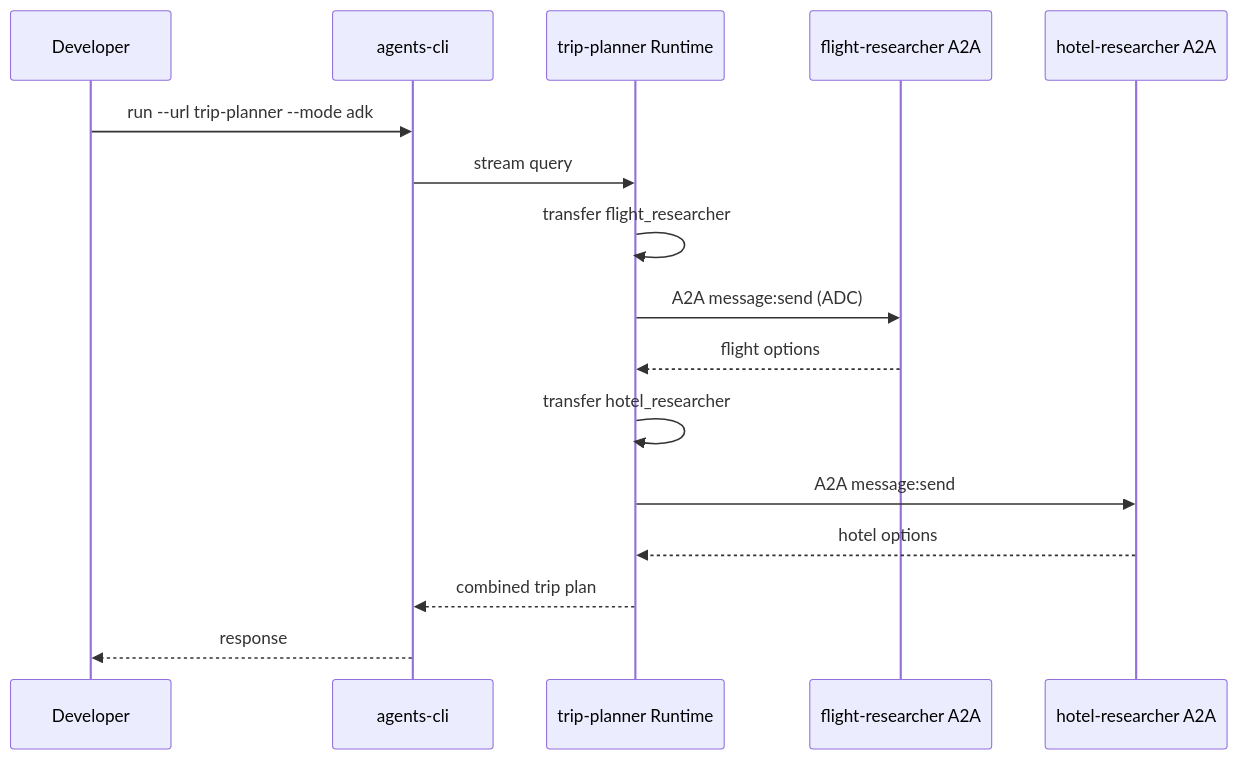
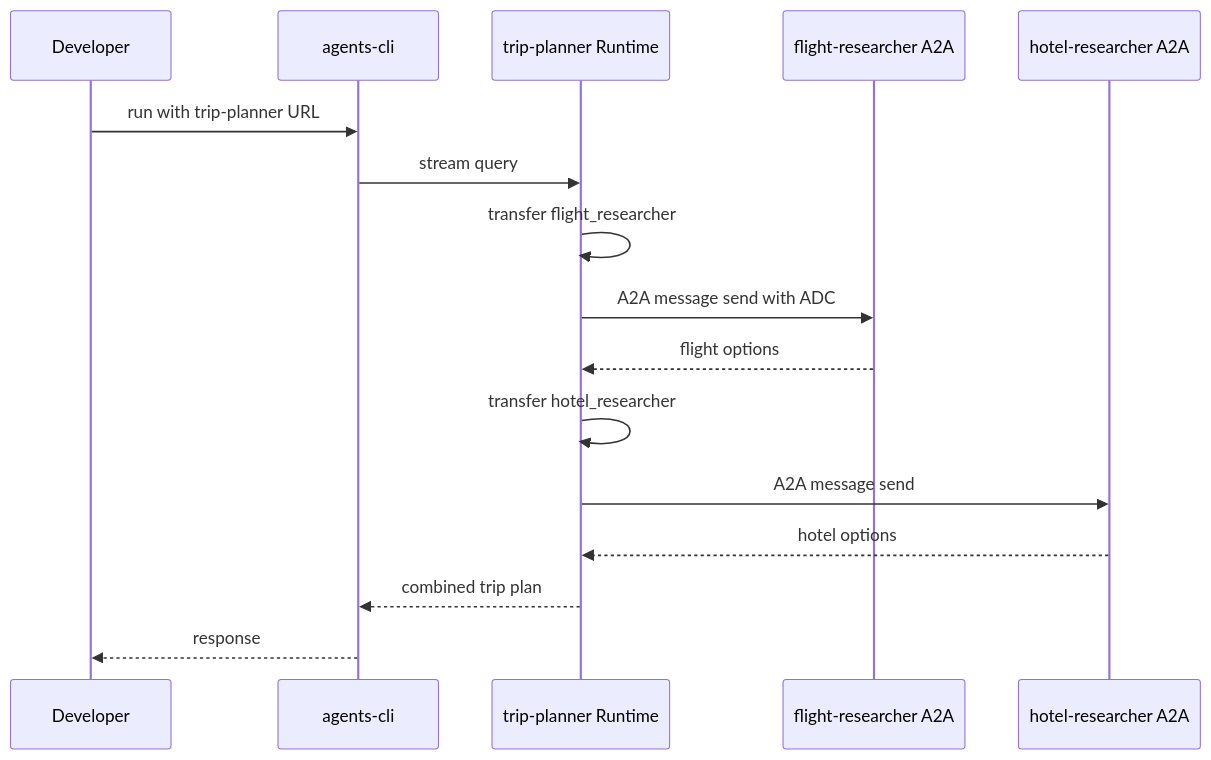
The third of 6 diagrams in docs/guides/01-local-mesh.md (yu-iskw/agent-cli-demo), drawn with Mermaid before and after one commit. The commit also changed other lines of this file and 22 other files, not shown here.

````diff
--- a/docs/guides/01-local-mesh.md
+++ b/docs/guides/01-local-mesh.md
@@ -127,19 +201,19 @@
 ```mermaid
 sequenceDiagram
   participant Dev as Developer
   participant CLI as agents-cli
   participant TP as trip-planner Runtime
   participant FR as flight-researcher A2A
   participant HR as hotel-researcher A2A
 
-  Dev->>CLI: run --url trip-planner --mode adk
+  Dev->>CLI: run with trip-planner URL
   CLI->>TP: stream query
   TP->>TP: transfer flight_researcher
-  TP->>FR: A2A message:send (ADC)
+  TP->>FR: A2A message send with ADC
   FR-->>TP: flight options
   TP->>TP: transfer hotel_researcher
-  TP->>HR: A2A message:send
+  TP->>HR: A2A message send
   HR-->>TP: hotel options
   TP-->>CLI: combined trip plan
   CLI-->>Dev: response
 ```
````
